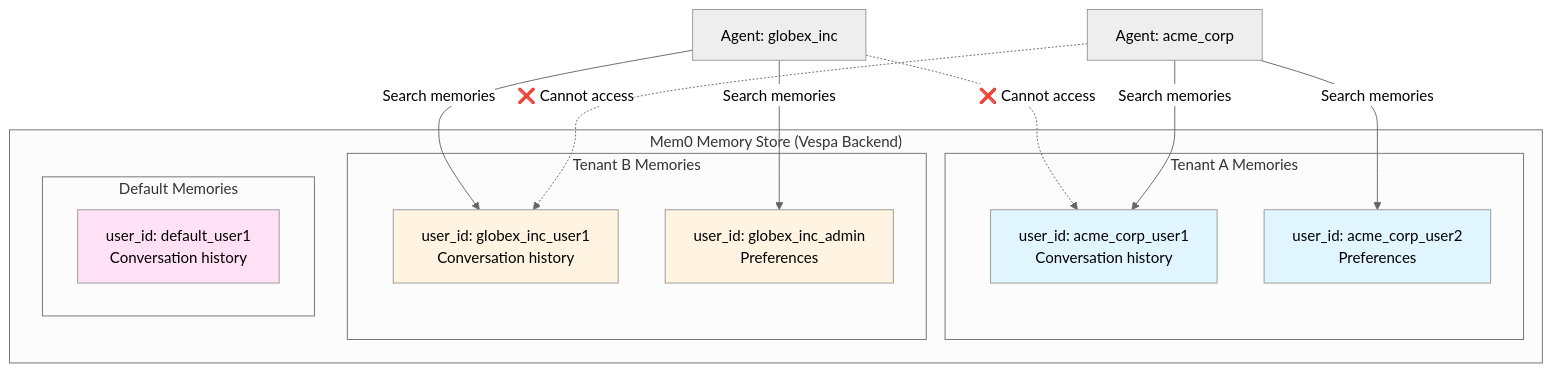
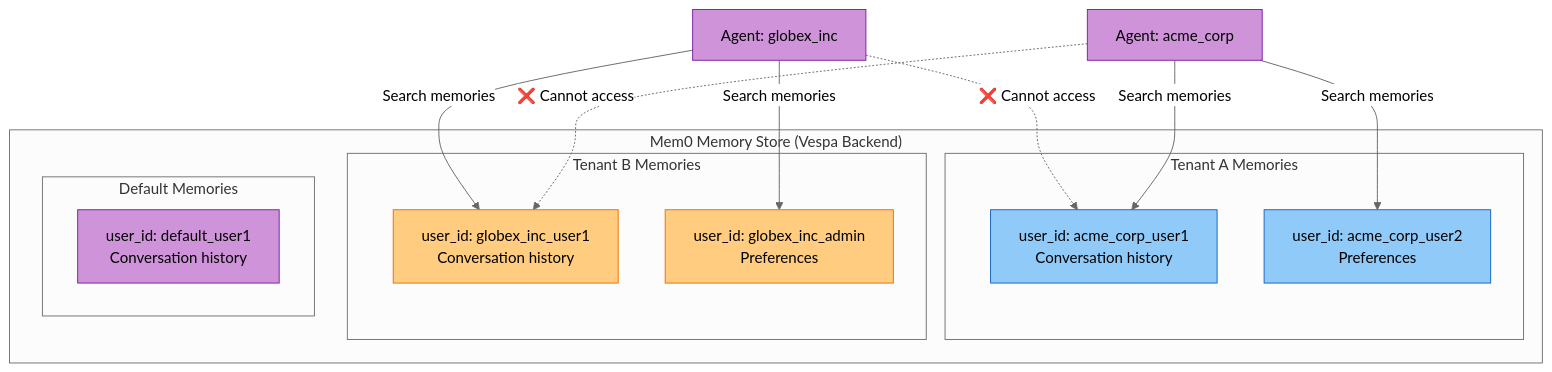
Before and after one commit to amit-jain/cogniverse: diagram 13 of 19 in docs/diagrams/multi-tenant-diagrams.md, drawn with Mermaid (neutral theme). The commit also changed other lines of this file and 83 other files, not shown here.

First line of the commit message:
Fix documentation veracity, formatting, and diagrams across all modules

````diff
--- a/docs/diagrams/multi-tenant-diagrams.md
+++ b/docs/diagrams/multi-tenant-diagrams.md
@@ -519,32 +555,34 @@
 ```mermaid
-graph TB
+flowchart TB
     subgraph "Mem0 Memory Store (Vespa Backend)"
         subgraph "Tenant A Memories"
-            MemA1[user_id: acme_corp_user1<br/>Conversation history]
-            MemA2[user_id: acme_corp_user2<br/>Preferences]
+            MemA1["<span style='color:#000'>user_id: acme_corp_user1<br/>Conversation history</span>"]
+            MemA2["<span style='color:#000'>user_id: acme_corp_user2<br/>Preferences</span>"]
         end
 
         subgraph "Tenant B Memories"
-            MemB1[user_id: globex_inc_user1<br/>Conversation history]
-            MemB2[user_id: globex_inc_admin<br/>Preferences]
+            MemB1["<span style='color:#000'>user_id: globex_inc_user1<br/>Conversation history</span>"]
+            MemB2["<span style='color:#000'>user_id: globex_inc_admin<br/>Preferences</span>"]
         end
 
         subgraph "Default Memories"
-            MemC1[user_id: default_user1<br/>Conversation history]
+            MemC1["<span style='color:#000'>user_id: default_user1<br/>Conversation history</span>"]
         end
     end
 
-    AgentA[Agent: acme_corp] -->|Search memories| MemA1
+    AgentA["<span style='color:#000'>Agent: acme_corp</span>"] -->|Search memories| MemA1
     AgentA -->|Search memories| MemA2
     AgentA -.->|❌ Cannot access| MemB1
 
-    AgentB[Agent: globex_inc] -->|Search memories| MemB1
+    AgentB["<span style='color:#000'>Agent: globex_inc</span>"] -->|Search memories| MemB1
     AgentB -->|Search memories| MemB2
     AgentB -.->|❌ Cannot access| MemA1
 
-    style MemA1 fill:#e1f5ff
-    style MemA2 fill:#e1f5ff
-    style MemB1 fill:#fff4e1
-    style MemB2 fill:#fff4e1
-    style MemC1 fill:#ffe1f5
+    style AgentA fill:#ce93d8,stroke:#7b1fa2,color:#000
+    style AgentB fill:#ce93d8,stroke:#7b1fa2,color:#000
+    style MemA1 fill:#90caf9,stroke:#1565c0,color:#000
+    style MemA2 fill:#90caf9,stroke:#1565c0,color:#000
+    style MemB1 fill:#ffcc80,stroke:#ef6c00,color:#000
+    style MemB2 fill:#ffcc80,stroke:#ef6c00,color:#000
+    style MemC1 fill:#ce93d8,stroke:#7b1fa2,color:#000
 ```
````
